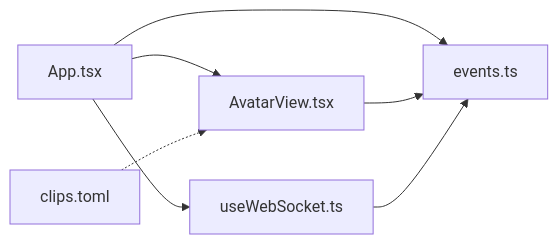
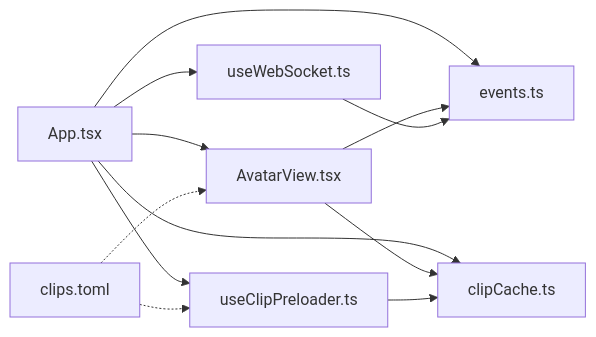
One commit to leo21cn/real-time-talk changed the fifth of 5 diagrams in .qoder/repowiki/zh/content/系统架构/前端应用架构/虚拟形象系统.md. Above: the diagram before and after it, drawn with Mermaid. The commit also changed other lines of this file and 9 other files, not shown here.

````diff
--- a/.qoder/repowiki/zh/content/系统架构/前端应用架构/虚拟形象系统.md
+++ b/.qoder/repowiki/zh/content/系统架构/前端应用架构/虚拟形象系统.md
@@ -267,9 +307,14 @@
 ```mermaid
 graph LR
 App["App.tsx"] --> AV["AvatarView.tsx"]
 App --> WS["useWebSocket.ts"]
 App --> EVT["events.ts"]
+App --> CC["clipCache.ts"]
+App --> UCP["useClipPreloader.ts"]
 AV --> EVT
+AV --> CC
 WS --> EVT
+UCP --> CC
 CLIPS["clips.toml"] -.-> AV
+CLIPS -.-> UCP
 ```
````
